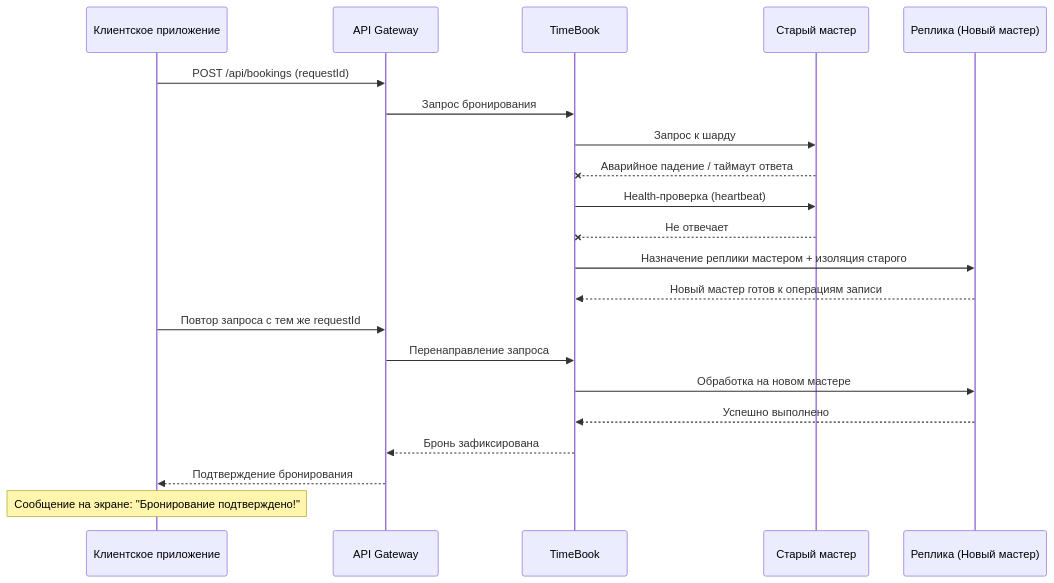
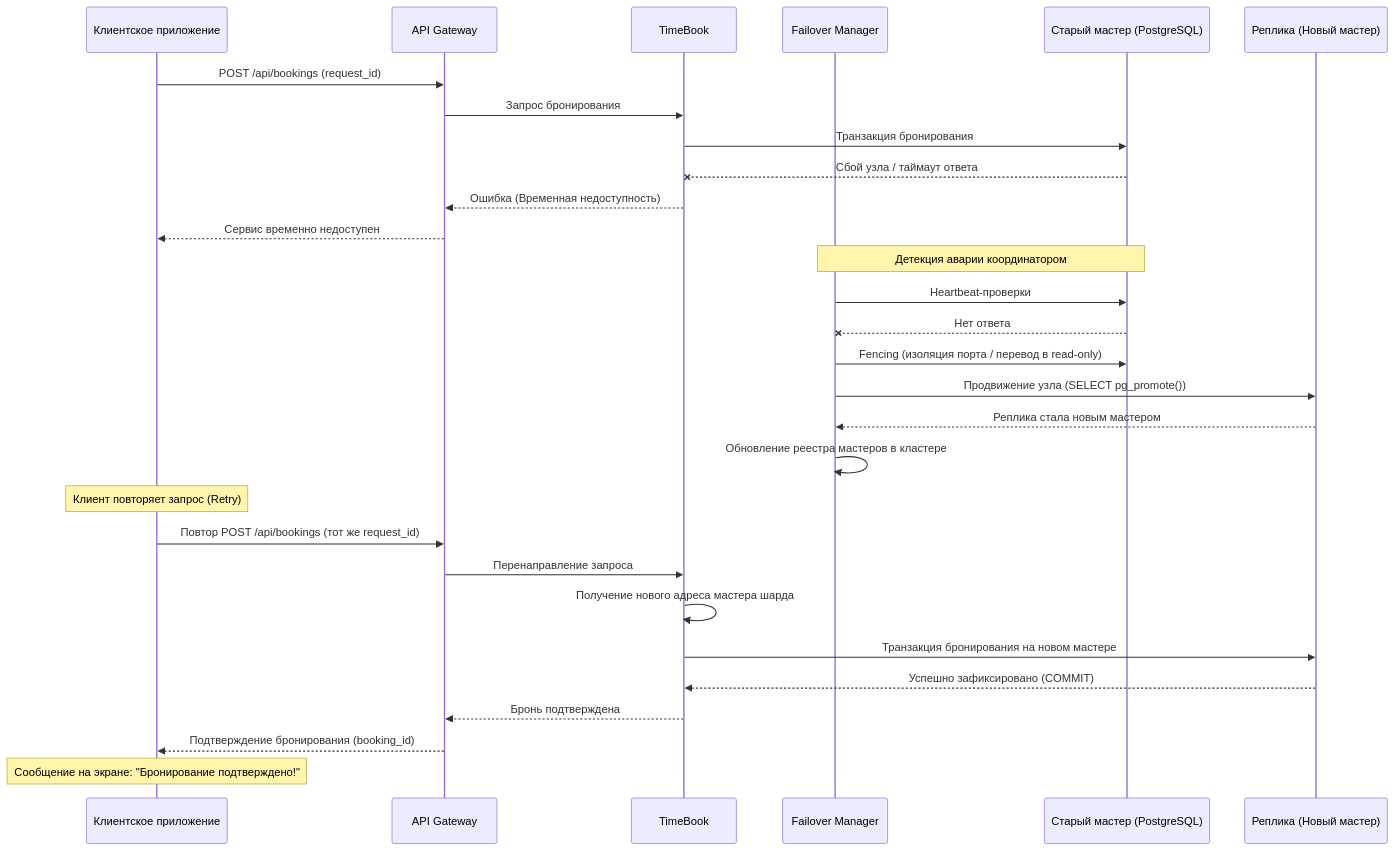
Before and after one commit to spbu-ds-practicum-2026/4positions: the seventh of 7 diagrams in docs/tr.md, drawn with Mermaid. The commit also changed other lines of this file, not shown here.

````diff
--- a/docs/tr.md
+++ b/docs/tr.md
@@ -360,24 +370,34 @@
 ```mermaid
 sequenceDiagram
   participant Client as Клиентское приложение
   participant APIGateway as API Gateway
   participant TimeBook as TimeBook
-  participant Master as Старый мастер
+  participant FM as Failover Manager
+  participant Master as Старый мастер (PostgreSQL)
   participant Replica as Реплика (Новый мастер)
 
-  Client->>APIGateway: POST /api/bookings (requestId)
+  Client->>APIGateway: POST /api/bookings (request_id)
   APIGateway->>TimeBook: Запрос бронирования
-  TimeBook->>Master: Запрос к шарду
-  Master--xTimeBook: Аварийное падение / таймаут ответа
-  TimeBook->>Master: Health-проверка (heartbeat)
-  Master--xTimeBook: Не отвечает
-  TimeBook->>Replica: Назначение реплики мастером + изоляция старого
-  Replica-->>TimeBook: Новый мастер готов к операциям записи
-  Client->>APIGateway: Повтор запроса с тем же requestId
+  TimeBook->>Master: Транзакция бронирования
+  Master--xTimeBook: Сбой узла / таймаут ответа
+  TimeBook-->>APIGateway: Ошибка (Временная недоступность)
+  APIGateway-->>Client: Сервис временно недоступен
+
+  Note over FM,Master: Детекция аварии координатором
+  FM->>Master: Heartbeat-проверки
+  Master--xFM: Нет ответа
+  FM->>Master: Fencing (изоляция порта / перевод в read-only)
+  FM->>Replica: Продвижение узла (SELECT pg_promote())
+  Replica-->>FM: Реплика стала новым мастером
+  FM->>FM: Обновление реестра мастеров в кластере
+
+  Note over Client: Клиент повторяет запрос (Retry)
+  Client->>APIGateway: Повтор POST /api/bookings (тот же request_id)
   APIGateway->>TimeBook: Перенаправление запроса
-  TimeBook->>Replica: Обработка на новом мастере
-  Replica-->>TimeBook: Успешно выполнено
-  TimeBook-->>APIGateway: Бронь зафиксирована
-  APIGateway-->>Client: Подтверждение бронирования
+  TimeBook->>TimeBook: Получение нового адреса мастера шарда
+  TimeBook->>Replica: Транзакция бронирования на новом мастере
+  Replica-->>TimeBook: Успешно зафиксировано (COMMIT)
+  TimeBook-->>APIGateway: Бронь подтверждена
+  APIGateway-->>Client: Подтверждение бронирования (booking_id)
   Note over Client: Сообщение на экране: "Бронирование подтверждено!"
 ```
````
